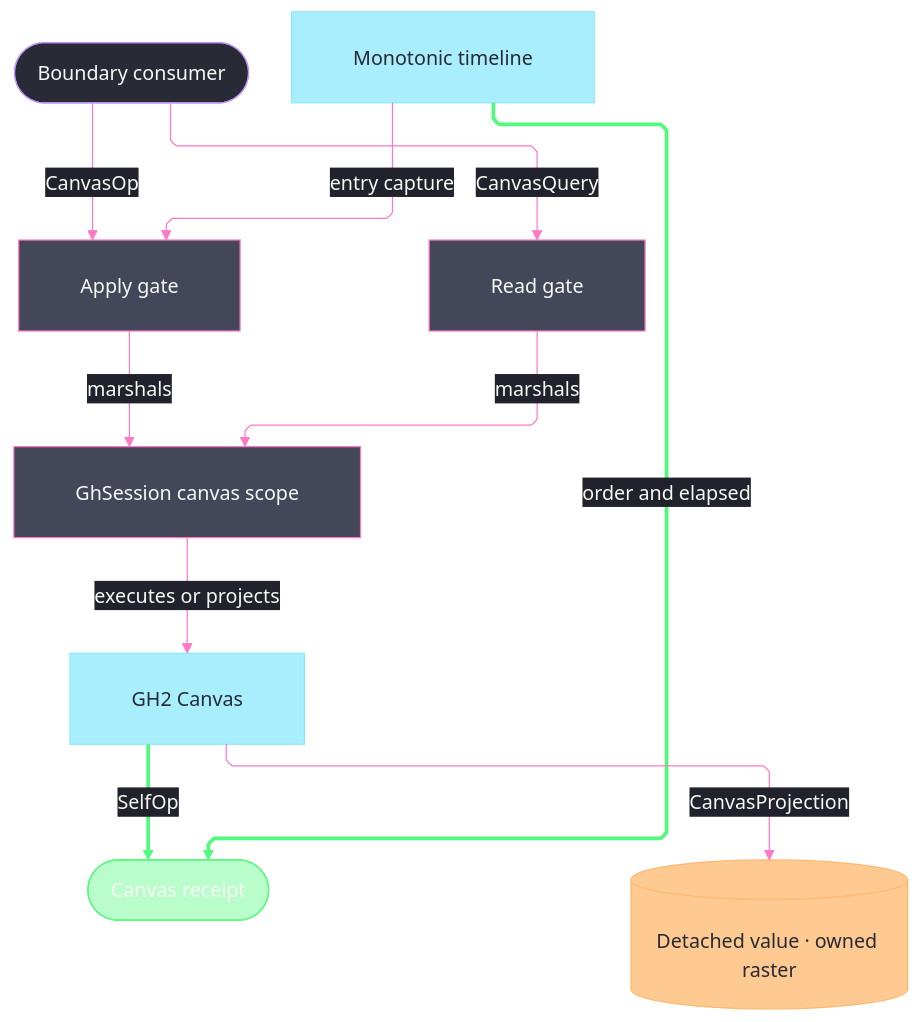
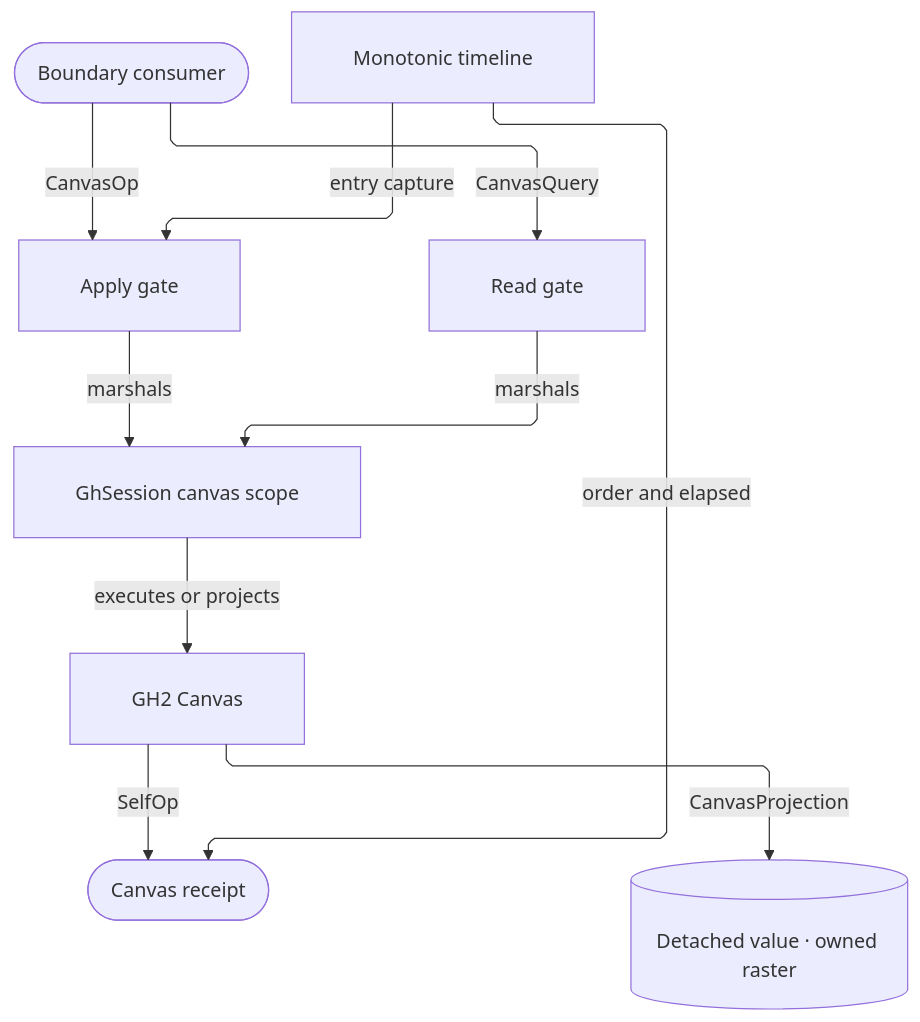
One commit to bsamiee/Rasm changed the diagram in libs/csharp/Rasm.Grasshopper/.planning/Canvas/canvas.md. Above: the diagram before and after it, drawn with Mermaid. The commit also changed 324 other files, not shown here.

````diff
--- a/libs/csharp/Rasm.Grasshopper/.planning/Canvas/canvas.md
+++ b/libs/csharp/Rasm.Grasshopper/.planning/Canvas/canvas.md
@@ -613,48 +613,21 @@
 ```mermaid
 ---
 config:
-  theme: base
-  look: classic
   layout: elk
   flowchart:
     curve: linear
     padding: 25
-  themeVariables:
-    darkMode: true
-    fontFamily: "SF Mono, Menlo, Cascadia Mono, Segoe UI Mono, Consolas, monospace"
-    useGradient: false
-    dropShadow: "none"
-    background: "#282A36"
-    primaryColor: "#44475A"
-    primaryTextColor: "#F8F8F2"
-    primaryBorderColor: "#BD93F9"
-    lineColor: "#FF79C6"
-    textColor: "#F8F8F2"
-    edgeLabelBackground: "#21222C"
-    labelBackgroundColor: "#21222C"
-  themeCSS: ".nodeLabel{font-size:13px;font-weight:500}.edgeLabel{font-size:12px;font-weight:500}.cluster-label .nodeLabel{font-size:13.5px;font-weight:700;letter-spacing:.08em}.edge-thickness-normal{stroke-width:2px}.edge-thickness-thick{stroke-width:3px}.edge-pattern-dashed,.edge-pattern-dotted{stroke-width:1.5px;stroke-dasharray:4 6}.node rect,.node circle,.node polygon,.node path,.node .outer-path{stroke-width:1.5px;filter:none!important}.cluster rect{stroke-width:1px!important;stroke-dasharray:5 4!important;filter:none!important}.marker path{transform:scale(.8);transform-origin:5px 5px}.marker circle{transform:scale(.48);transform-origin:5px 5px}.edgeLabel rect{transform-box:fill-box;transform-origin:center;transform:scale(1.1,1.2)}"
 ---
 flowchart TB
     accTitle: Canvas boundary gates
     accDescr: Command and projection gates converge through one canvas scope, with the host returning case identity to a monotonic receipt rail and typed reads to detached projection values.
     Consumer(["Boundary consumer"]) -->|CanvasOp| Apply["Apply gate"]
     Consumer -->|CanvasQuery| ReadGate["Read gate"]
     Timeline["Monotonic timeline"] -->|entry capture| Apply
     Apply -->|marshals| Session["GhSession canvas scope"]
     ReadGate -->|marshals| Session
     Session -->|executes or projects| Host["GH2 Canvas"]
     Host -->|SelfOp| Receipt(["Canvas receipt"])
     Timeline -->|order and elapsed| Receipt
     Host -->|CanvasProjection| Projection[("Detached value · owned raster")]
-    linkStyle 6,7 stroke:#50FA7B,stroke-width:3px,color:#F8F8F2
-    classDef primary fill:#44475A,stroke:#FF79C6,color:#F8F8F2
-    classDef boundary fill:#282A36,stroke:#BD93F9,color:#F8F8F2
-    classDef external fill:#8BE9FDBF,stroke:#8BE9FD,color:#282A36
-    classDef data fill:#FFB86CBF,stroke:#FFB86C,color:#282A36
-    classDef success fill:#50FA7B66,stroke:#50FA7B,color:#F8F8F2
-    class Apply,ReadGate,Session primary
-    class Consumer boundary
-    class Timeline,Host external
-    class Projection data
-    class Receipt success
 ```
````
